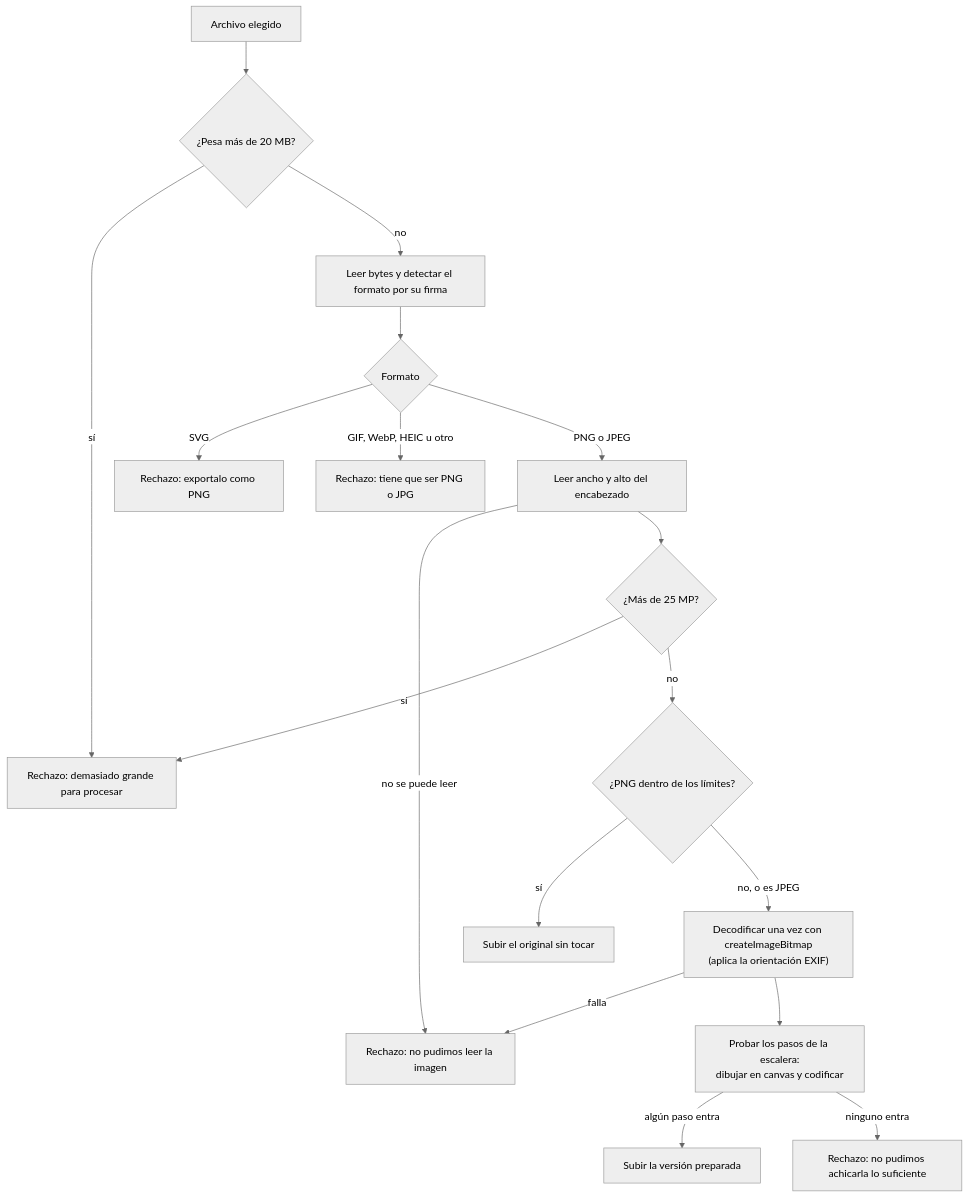
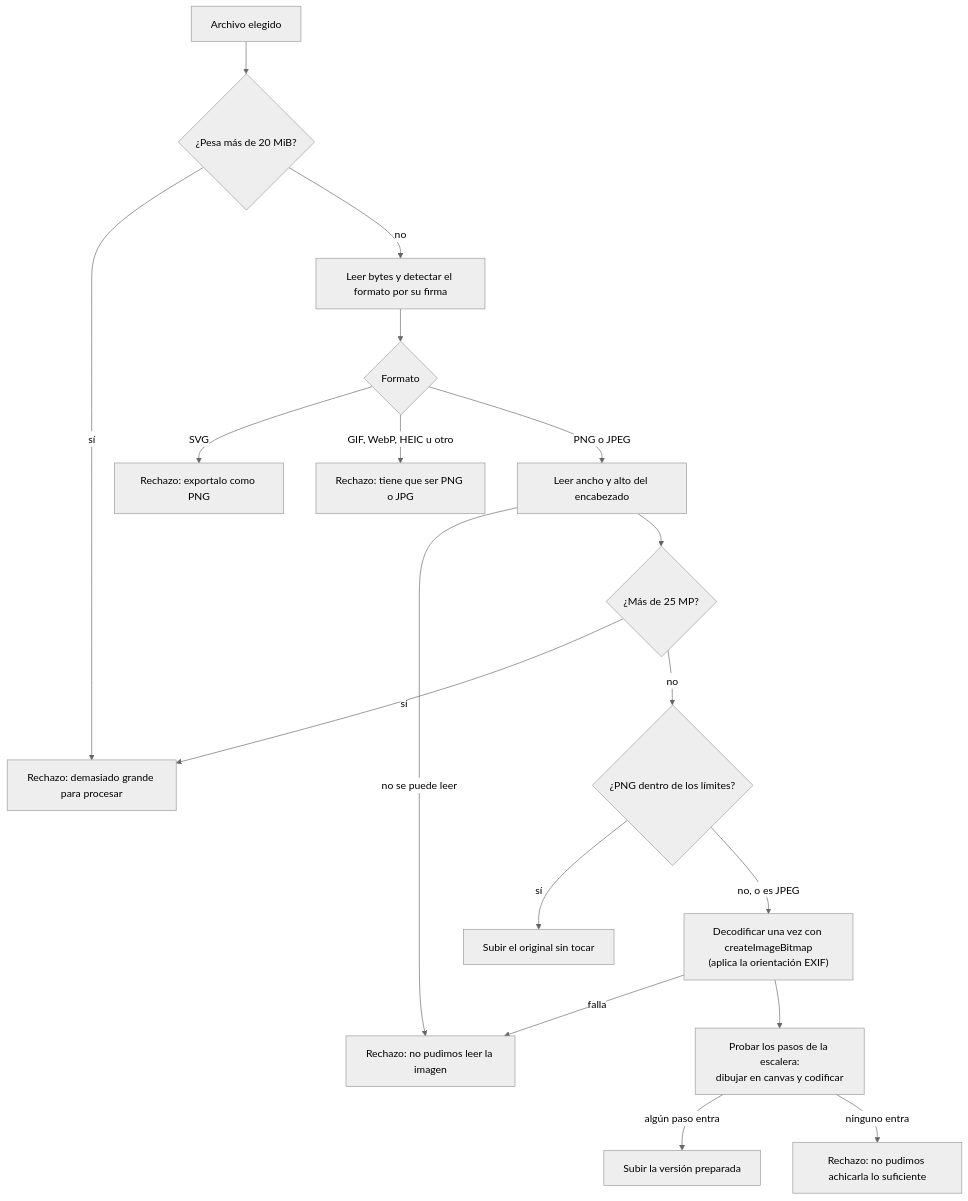
The fifth of 9 diagrams in specs/001-empresas-usuarios/ui.md (fdelillo/crm), drawn with Mermaid (neutral theme) before and after one commit. The commit also changed other lines of this file and 1 other file, not shown here.

````diff
--- a/specs/001-empresas-usuarios/ui.md
+++ b/specs/001-empresas-usuarios/ui.md
@@ -1528,20 +1570,20 @@
 ```mermaid
 flowchart TD
-    A["Archivo elegido"] --> B{"¿Pesa más de 20 MB?"}
+    A["Archivo elegido"] --> B{"¿Pesa más de 20 MiB?"}
     B -->|"sí"| X1["Rechazo: demasiado grande para procesar"]
     B -->|"no"| C["Leer bytes y detectar el formato por su firma"]
     C --> D{"Formato"}
     D -->|"SVG"| X2["Rechazo: exportalo como PNG"]
     D -->|"GIF, WebP, HEIC u otro"| X3["Rechazo: tiene que ser PNG o JPG"]
     D -->|"PNG o JPEG"| E["Leer ancho y alto del encabezado"]
     E -->|"no se puede leer"| X4["Rechazo: no pudimos leer la imagen"]
     E --> F{"¿Más de 25 MP?"}
     F -->|"sí"| X1
     F -->|"no"| G{"¿PNG dentro de los límites?"}
     G -->|"sí"| U["Subir el original sin tocar"]
     G -->|"no, o es JPEG"| H["Decodificar una vez con createImageBitmap<br/>(aplica la orientación EXIF)"]
     H -->|"falla"| X4
     H --> I["Probar los pasos de la escalera:<br/>dibujar en canvas y codificar"]
     I -->|"algún paso entra"| U2["Subir la versión preparada"]
     I -->|"ninguno entra"| X5["Rechazo: no pudimos achicarla lo suficiente"]
 ```
````
